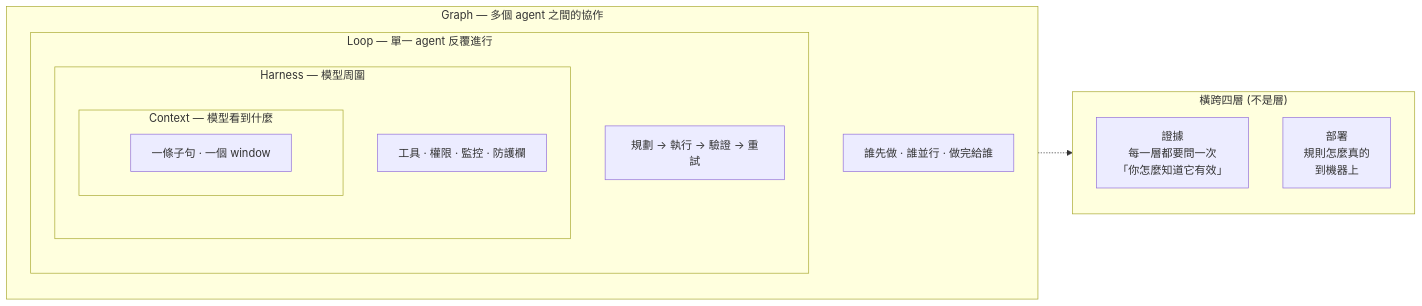
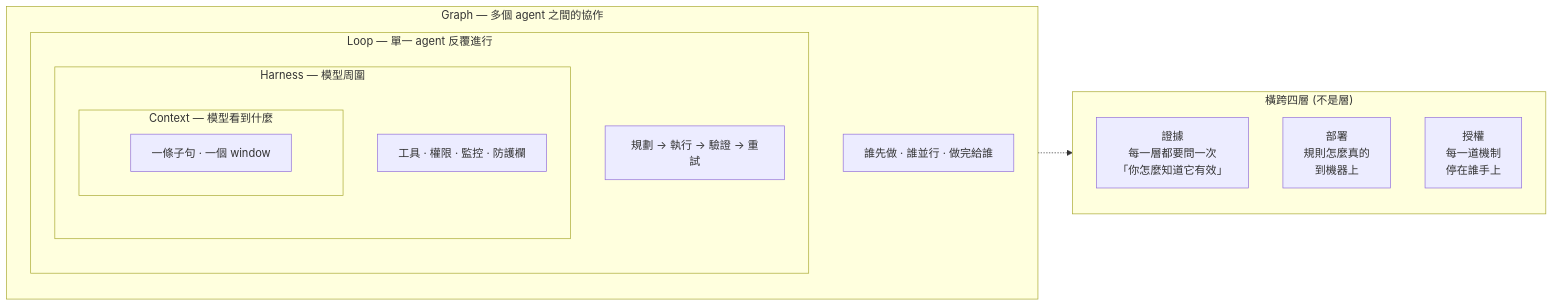
Before and after one commit to Yuhuan183/agent-harness: the second of 2 diagrams in docs/architecture/architecture.md, drawn with Mermaid. The commit also changed other lines of this file and 2 other files, not shown here.

````diff
--- a/docs/architecture/architecture.md
+++ b/docs/architecture/architecture.md
@@ -92,24 +92,25 @@
 ```mermaid
 flowchart LR
     subgraph G["Graph — 多個 agent 之間的協作"]
         direction TB
         gg["誰先做 · 誰並行 · 做完給誰"]
         subgraph L["Loop — 單一 agent 反覆進行"]
             direction TB
             ll["規劃 → 執行 → 驗證 → 重試"]
             subgraph H["Harness — 模型周圍"]
                 direction TB
                 hh["工具 · 權限 · 監控 · 防護欄"]
                 subgraph C["Context — 模型看到什麼"]
                     cc["一條子句 · 一個 window"]
                 end
             end
         end
     end
     subgraph X["橫跨四層 (不是層)"]
         direction TB
         ev["證據<br/>每一層都要問一次<br/>「你怎麼知道它有效」"]
         dp["部署<br/>規則怎麼真的<br/>到機器上"]
+        au["授權<br/>每一道機制<br/>停在誰手上"]
     end
     G -.-> X
 ```
````
